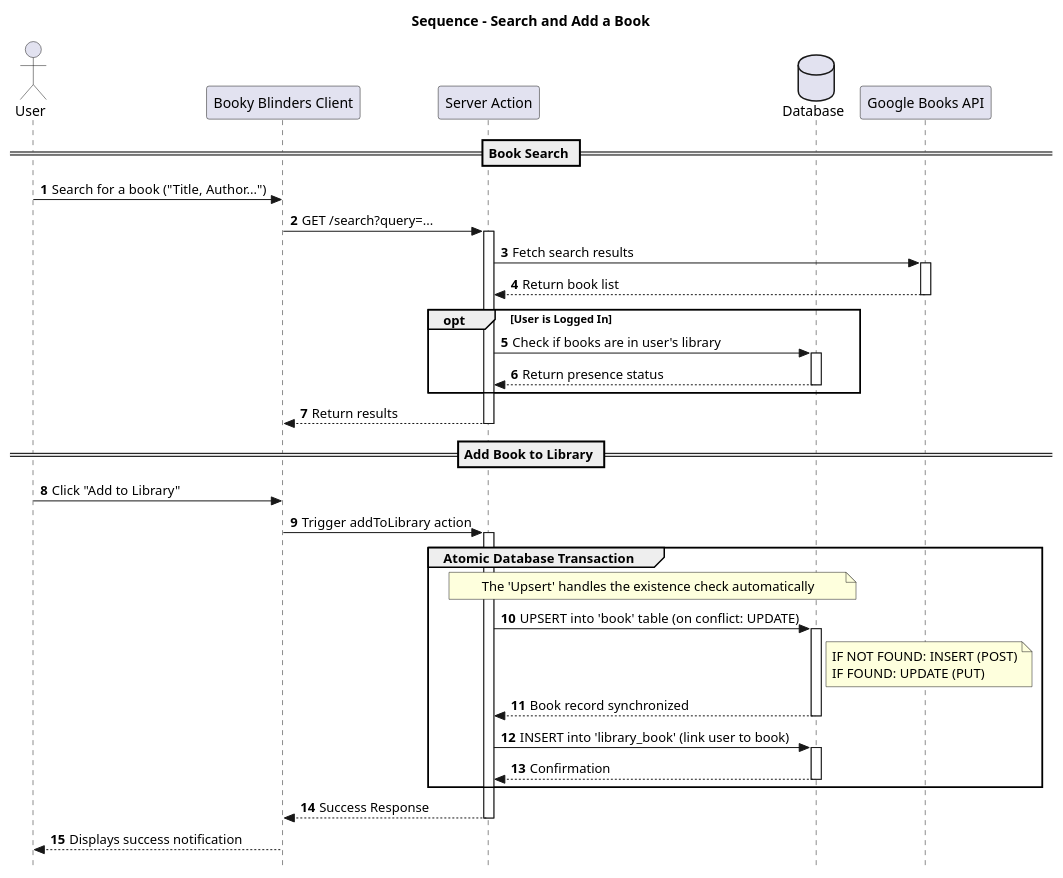
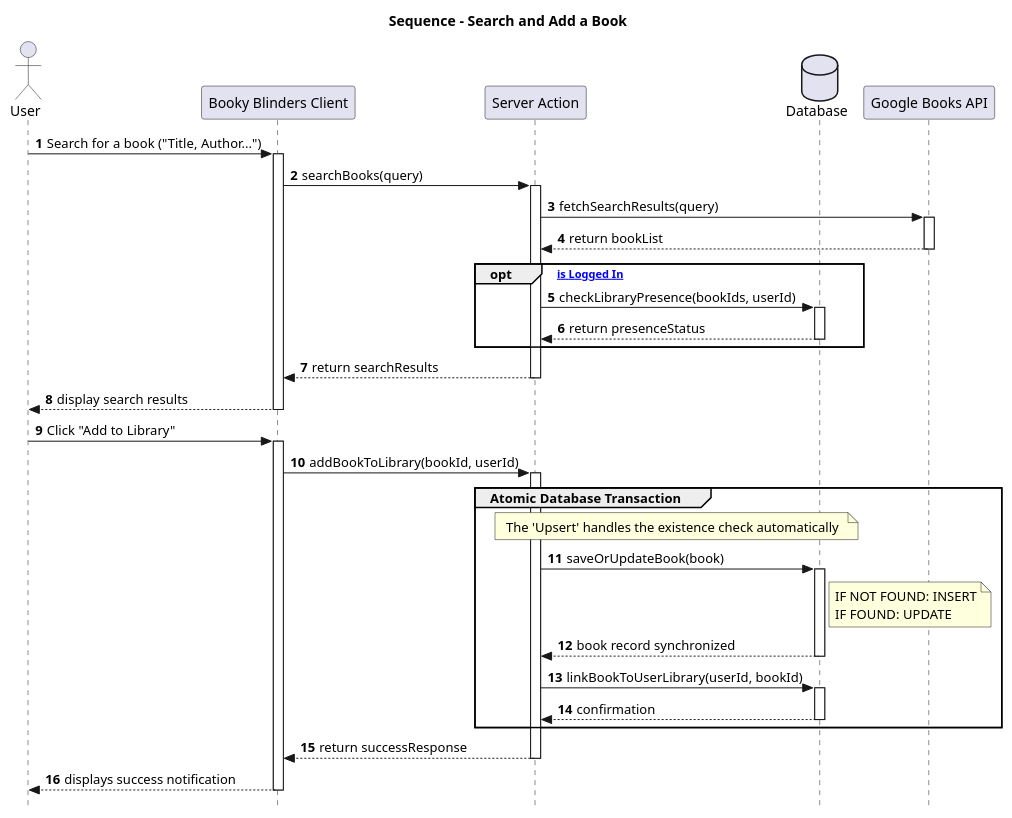
Before and after one commit to Mohinsch/BookyBlinders: the diagram in conception/SequenceDiagram.md, drawn with PlantUML. The commit also changed 1 other file, not shown here.

Commit message:
fix: fix sequence diagram with correct UML language

````diff
--- a/conception/SequenceDiagram.md
+++ b/conception/SequenceDiagram.md
@@ -4,62 +4,67 @@
 ```plantuml
 @startuml
 title Sequence - Search and Add a Book
 
 autonumber
 skinparam style strictuml
 
 actor User
 participant "Booky Blinders Client" as Client
 participant "Server Action" as Server
 database "Database" as DB
 participant "Google Books API" as API
 
-== Book Search ==
+User -> Client : Search for a book ("Title, Author...")
+activate Client
 
-User -> Client : Search for a book ("Title, Author...")
-Client -> Server : GET /search?query=...
+Client -> Server : searchBooks(query)
 activate Server
 
-Server -> API : Fetch search results
+Server -> API : fetchSearchResults(query)
 activate API
-API --> Server : Return book list
+API --> Server : return bookList
 deactivate API
 
-opt User is Logged In
-    Server -> DB : Check if books are in user's library
+opt [User is Logged In]
+    Server -> DB : checkLibraryPresence(bookIds, userId)
     activate DB
-    DB --> Server : Return presence status
+    DB --> Server : return presenceStatus
     deactivate DB
 end
 
-Server --> Client : Return results
+Server --> Client : return searchResults
 deactivate Server
 
-== Add Book to Library ==
+Client --> User : display search results
+deactivate Client
+
 
 User -> Client : Click "Add to Library"
-Client -> Server : Trigger addToLibrary action
+activate Client
+
+Client -> Server : addBookToLibrary(bookId, userId)
 activate Server
 
 group Atomic Database Transaction
     note over Server, DB : The 'Upsert' handles the existence check automatically
     
-    Server -> DB : UPSERT into 'book' table (on conflict: UPDATE)
+    Server -> DB : saveOrUpdateBook(book)
     activate DB
-    note right of DB : IF NOT FOUND: INSERT (POST)\nIF FOUND: UPDATE (PUT)
-    DB --> Server : Book record synchronized
+    note right of DB : IF NOT FOUND: INSERT\nIF FOUND: UPDATE
+    DB --> Server : book record synchronized
     deactivate DB
 
-    Server -> DB : INSERT into 'library_book' (link user to book)
+    Server -> DB : linkBookToUserLibrary(userId, bookId)
     activate DB
-    DB --> Server : Confirmation
+    DB --> Server : confirmation
     deactivate DB
 end
 
-Server --> Client : Success Response
+Server --> Client : return successResponse
 deactivate Server
 
-Client --> User : Displays success notification
+Client --> User : displays success notification
+deactivate Client
 
 @enduml
 ```
````
